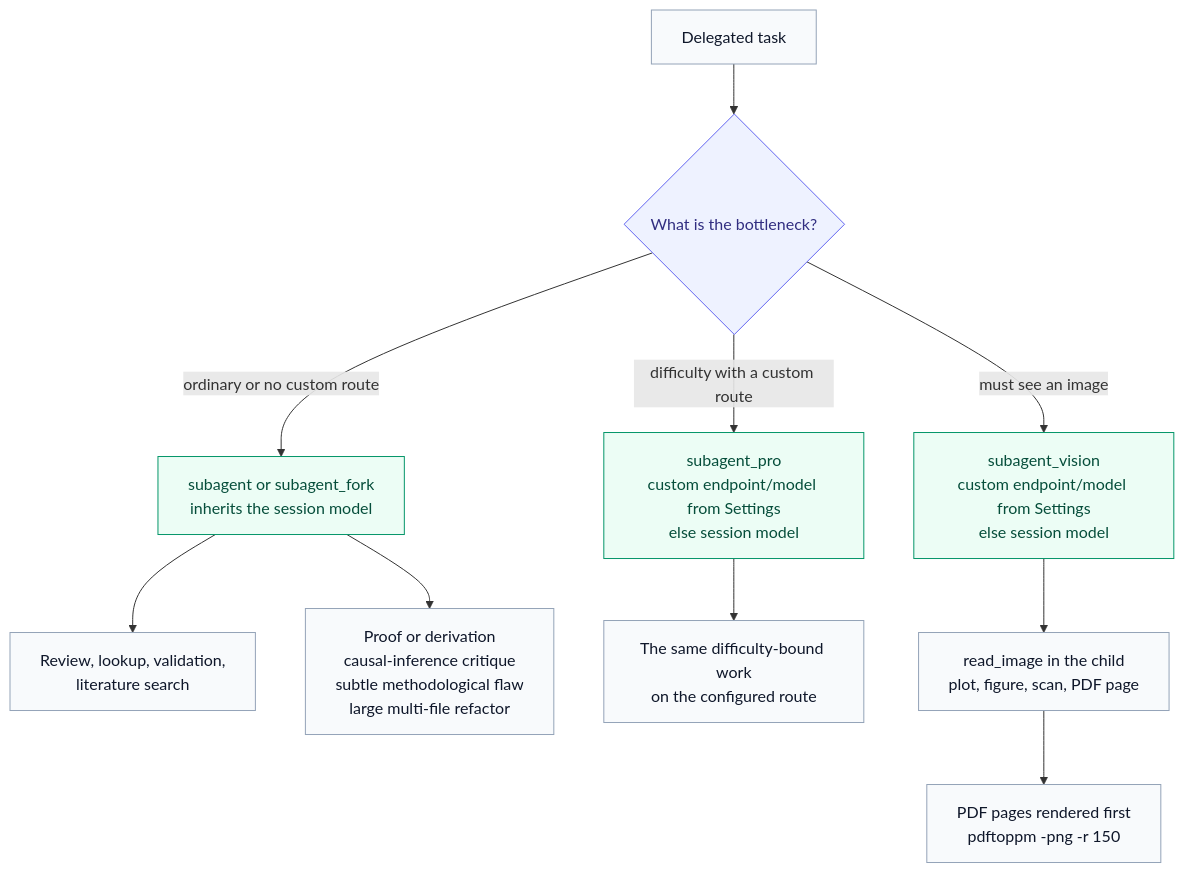
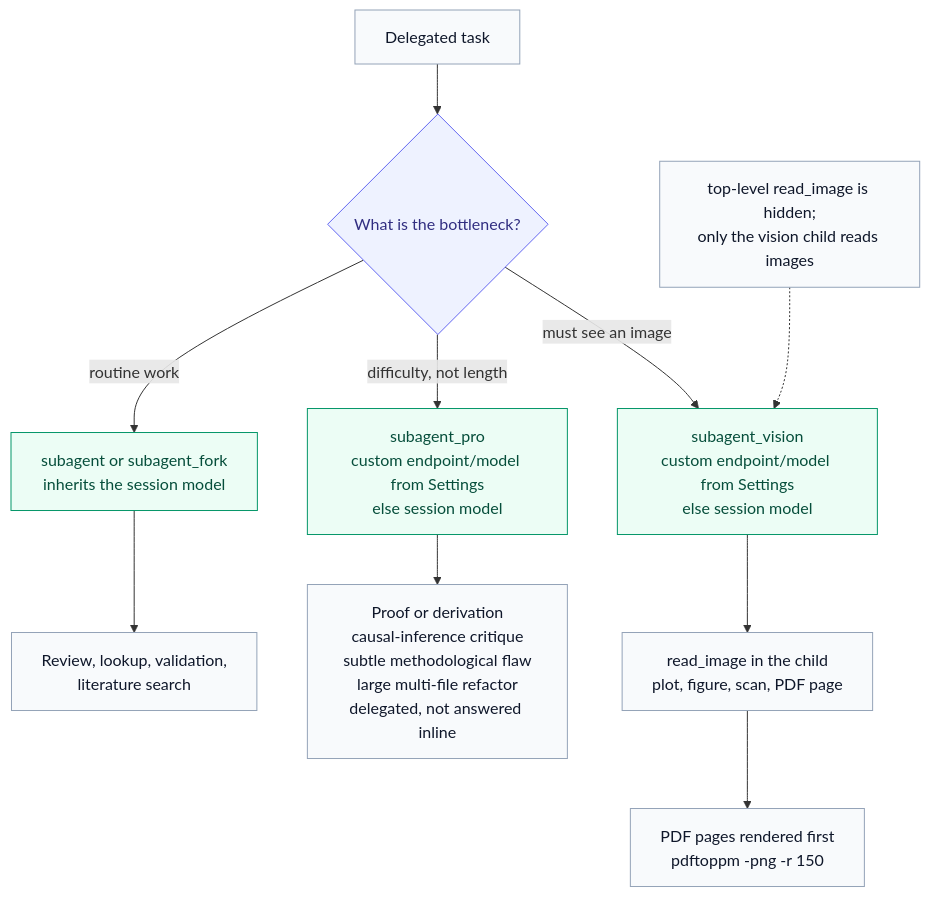
The diagram in docs/diagrams/subagent-routing.mmd (raktim-mondol/academic-harness), drawn with Mermaid before and after one commit. The commit also changed 16 other files, not shown here.

First line of the commit message:
Release v0.31.1: automatic Pro/Vision routing

```diff
--- a/docs/diagrams/subagent-routing.mmd
+++ b/docs/diagrams/subagent-routing.mmd
@@ -1,18 +1,18 @@
 flowchart TD
   task[Delegated task] --> q{What is the bottleneck?}
-  q -->|ordinary or no custom route| sub[subagent or subagent_fork<br/>inherits the session model]
-  q -->|difficulty with a custom route| pro[subagent_pro<br/>custom endpoint/model from Settings<br/>else session model]
+  q -->|routine work| sub[subagent or subagent_fork<br/>inherits the session model]
+  q -->|difficulty, not length| pro[subagent_pro<br/>custom endpoint/model from Settings<br/>else session model]
   q -->|must see an image| vision[subagent_vision<br/>custom endpoint/model from Settings<br/>else session model]
 
   sub --> routine[Review, lookup, validation,<br/>literature search]
-  sub --> hard[Proof or derivation<br/>causal-inference critique<br/>subtle methodological flaw<br/>large multi-file refactor]
-  pro --> custom[The same difficulty-bound work<br/>on the configured route]
+  pro --> hard[Proof or derivation<br/>causal-inference critique<br/>subtle methodological flaw<br/>large multi-file refactor<br/>delegated, not answered inline]
   vision --> image[read_image in the child<br/>plot, figure, scan, PDF page]
   image --> render[PDF pages rendered first<br/>pdftoppm -png -r 150]
+  block[top-level read_image is hidden;<br/>only the vision child reads images] -.-> vision
 
   classDef route fill:#eef2ff,stroke:#6366f1,color:#312e81
   classDef model fill:#ecfdf5,stroke:#059669,color:#064e3b
   classDef use fill:#f8fafc,stroke:#94a3b8,color:#0f172a
   class q route
   class sub,pro,vision model
-  class routine,hard,custom,image,render,task use
+  class routine,hard,image,render,block,task use
```
